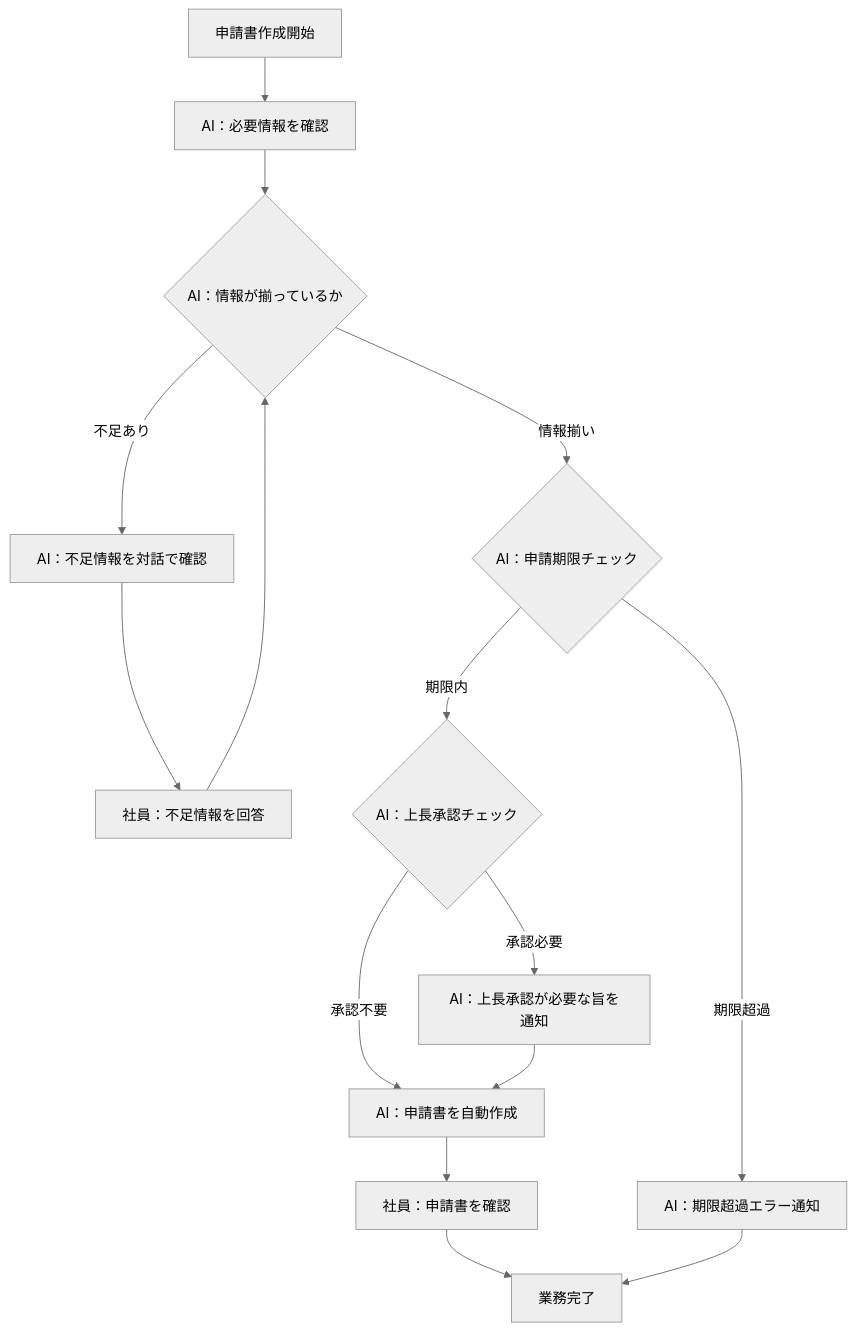
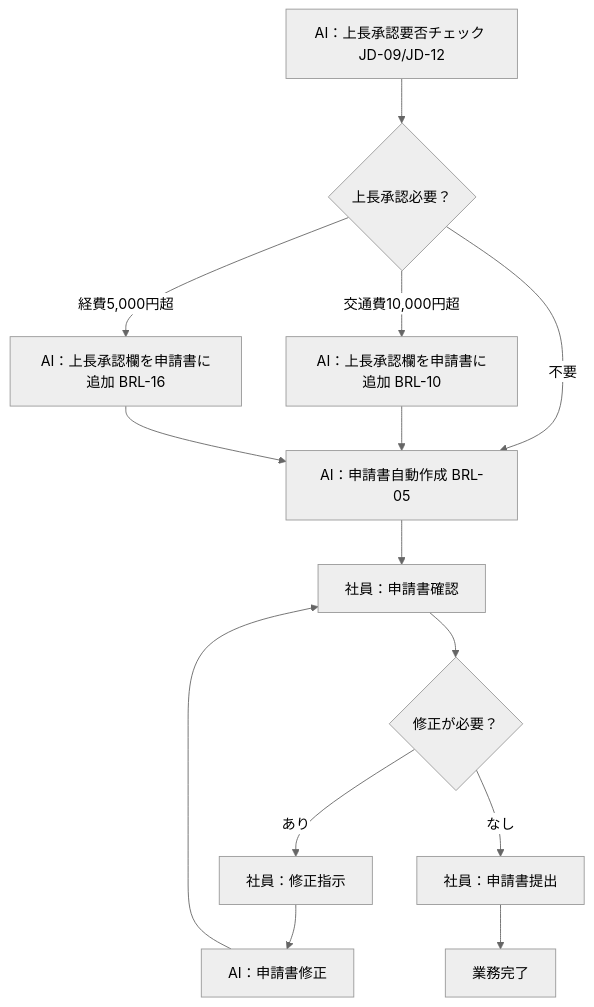
The third of 3 diagrams in artifacts/01_business-requirements/outputs/業務プロセス定義.md (horii003/AIAgentBook), drawn with Mermaid (neutral theme) before and after one commit. The commit also changed other lines of this file and 247 other files, not shown here.

````diff
--- a/artifacts/01_business-requirements/outputs/業務プロセス定義.md
+++ b/artifacts/01_business-requirements/outputs/業務プロセス定義.md
@@ -360,17 +568,16 @@
 ```mermaid
 flowchart TD
-    A[申請書作成開始] --> B[AI：必要情報を確認]
-    B --> C{AI：情報が揃っているか}
-    C -->|不足あり| D[AI：不足情報を対話で確認]
-    D --> E[社員：不足情報を回答]
-    E --> C
-    C -->|情報揃い| F{AI：申請期限チェック}
-    F -->|期限内| G{AI：上長承認チェック}
-    F -->|期限超過| H[AI：期限超過エラー通知]
-    G -->|承認不要| I[AI：申請書を自動作成]
-    G -->|承認必要| J[AI：上長承認が必要な旨を通知]
-    J --> I
-    I --> K[社員：申請書を確認]
-    K --> L[業務完了]
-    H --> L
+    A[AI：上長承認要否チェック JD-09/JD-12] --> B{上長承認必要？}
+    B -->|交通費10,000円超| C[AI：上長承認欄を申請書に追加 BRL-10]
+    B -->|経費5,000円超| D[AI：上長承認欄を申請書に追加 BRL-16]
+    B -->|不要| E[AI：申請書自動作成 BRL-05]
+    C --> E
+    D --> E
+    E --> F[社員：申請書確認]
+    F --> G{修正が必要？}
+    G -->|あり| H[社員：修正指示]
+    H --> I[AI：申請書修正]
+    I --> F
+    G -->|なし| J[社員：申請書提出]
+    J --> K[業務完了]
 ```
````
